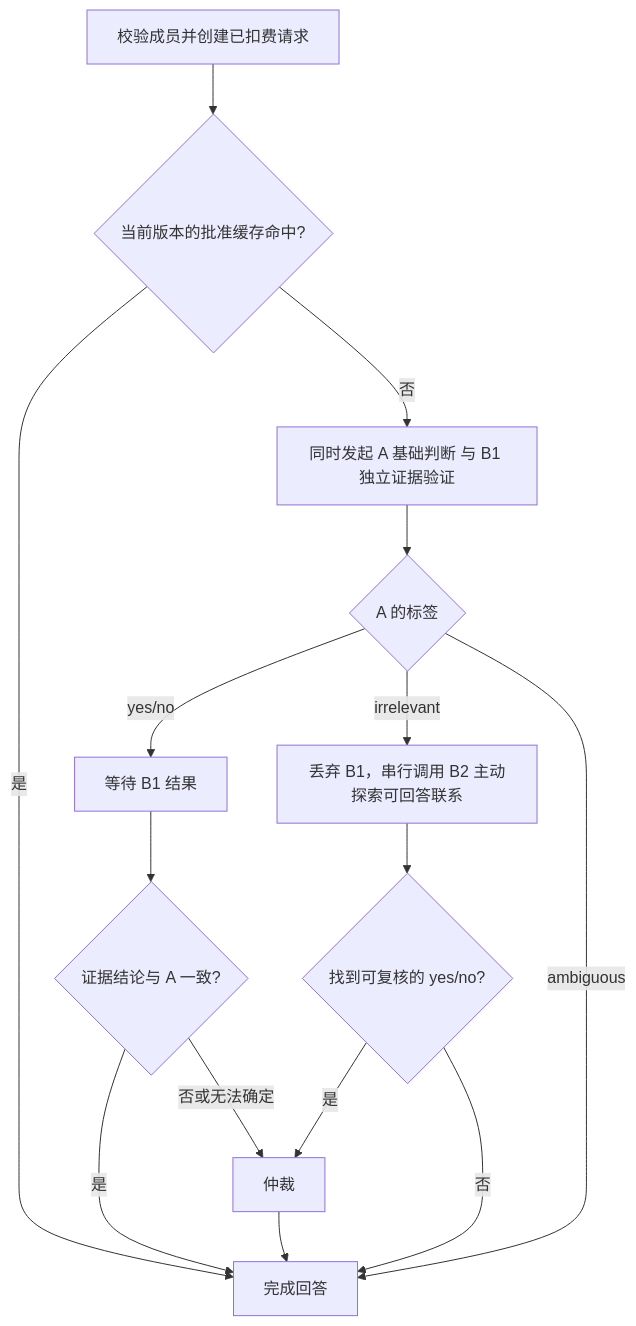
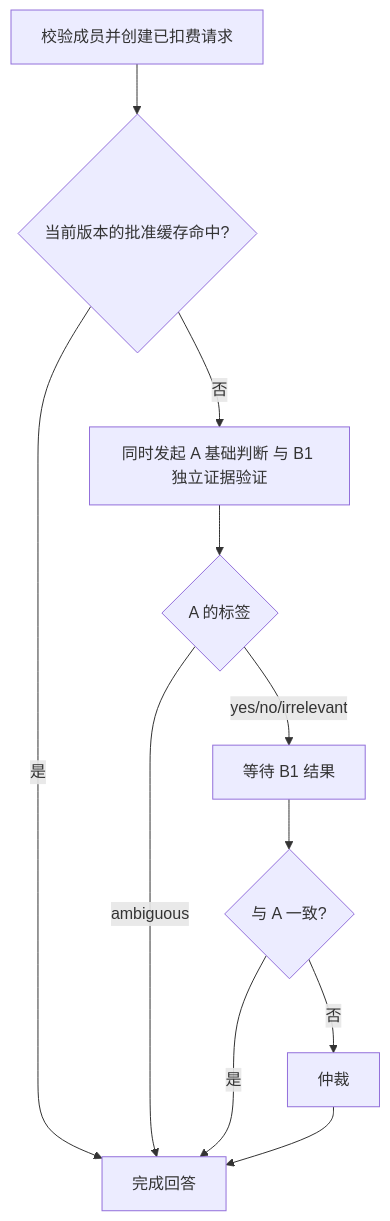
One commit to ai0506/OnlineSoup changed the diagram in docs/ai/Ask分支验证实施计划.md. Above: the diagram before and after it, drawn with Mermaid. The commit also changed other lines of this file and 19 other files, not shown here.

````diff
--- a/docs/ai/Ask分支验证实施计划.md
+++ b/docs/ai/Ask分支验证实施计划.md
@@ -36,17 +35,13 @@
 ```mermaid
 flowchart TD
   Q[校验成员并创建已扣费请求] --> K{当前版本的批准缓存命中?}
   K -->|是| F[完成回答]
   K -->|否| P[同时发起 A 基础判断 与 B1 独立证据验证]
   P --> A{A 的标签}
-  A -->|yes/no| B1[等待 B1 结果]
-  A -->|irrelevant| B2[丢弃 B1，串行调用 B2 主动探索可回答联系]
   A -->|ambiguous| F
-  B1 --> C1{证据结论与 A 一致?}
+  A -->|yes/no/irrelevant| B1[等待 B1 结果]
+  B1 --> C1{与 A 一致?}
   C1 -->|是| F
-  C1 -->|否或无法确定| C[仲裁]
-  B2 --> C2{找到可复核的 yes/no?}
-  C2 -->|是| C
-  C2 -->|否| F
+  C1 -->|否| C[仲裁]
   C --> F
 ```
````
